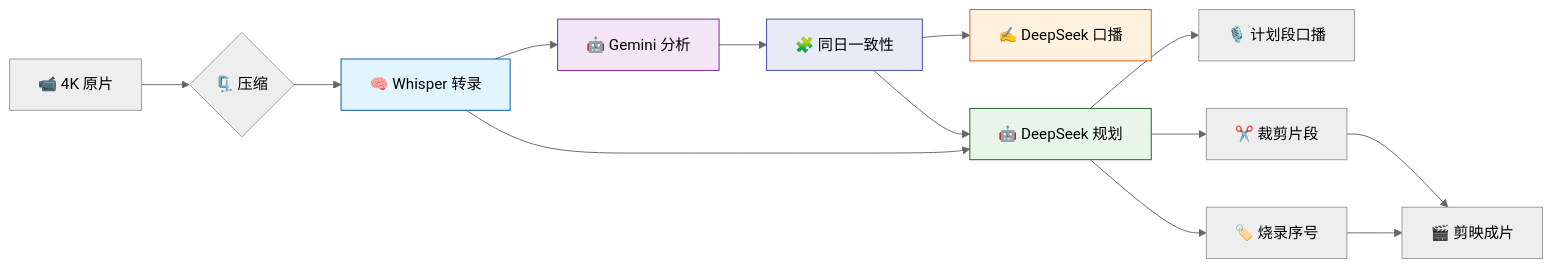
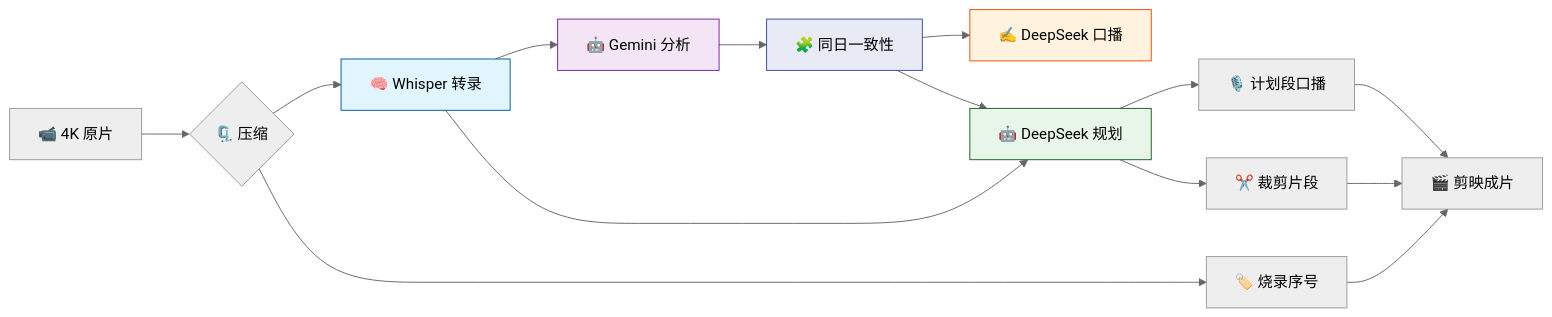
Before and after one commit to Leisurelybear/clio: the diagram in README.md, drawn with Mermaid (neutral theme). The commit also changed other lines of this file and 1 other file, not shown here.

Commit message:
docs(readme): remove stale counts and sync pipeline flow

````diff
--- a/README.md
+++ b/README.md
@@ -79,20 +78,20 @@
 ```mermaid
 graph LR
     A[📹 4K 原片] --> B{🗜️ 压缩}
     B --> C[🧠 Whisper 转录]
     C --> D[🤖 Gemini 分析]
     D --> E[🧩 同日一致性]
     E --> F[✍️ DeepSeek 口播]
     E --> G[🤖 DeepSeek 规划]
     C --> G
     G --> H[🎙️ 计划段口播]
     G --> I[✂️ 裁剪片段]
-    G --> J[🏷️ 烧录序号]
-    I & J --> K[🎬 剪映成片]
+    B --> J[🏷️ 烧录序号]
+    H & I & J --> K[🎬 剪映成片]
 
     style C fill:#e1f5fe,stroke:#01579b
     style D fill:#f3e5f5,stroke:#7b1fa2
     style E fill:#e8eaf6,stroke:#3949ab
     style F fill:#fff3e0,stroke:#e65100
     style G fill:#e8f5e9,stroke:#1b5e20
 ```
````
